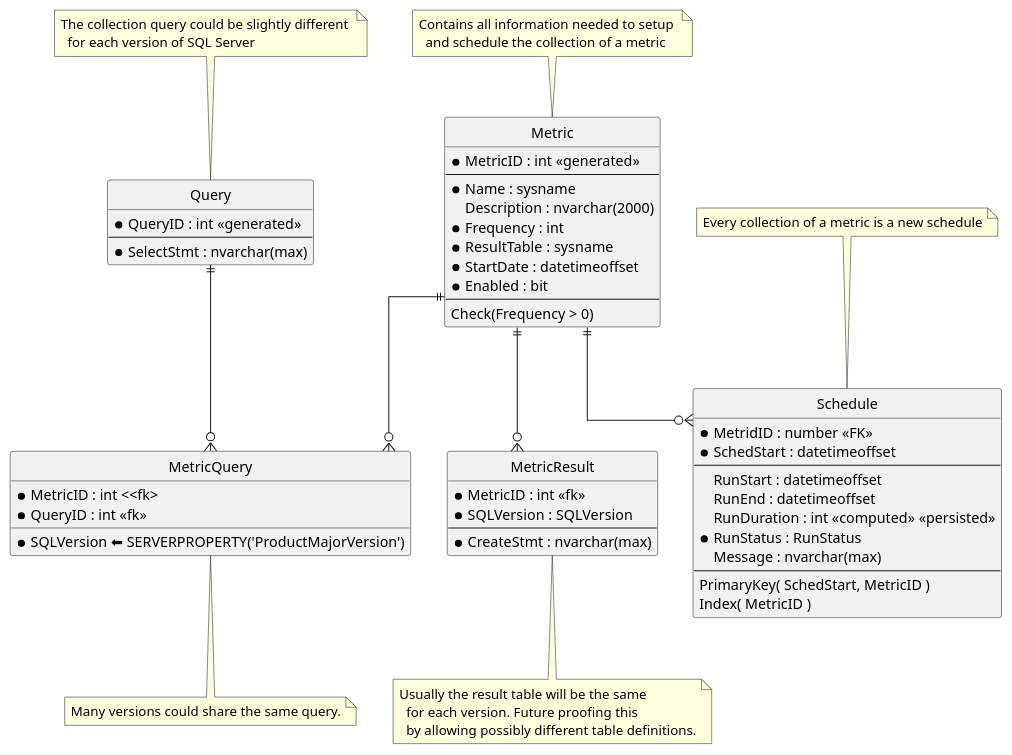
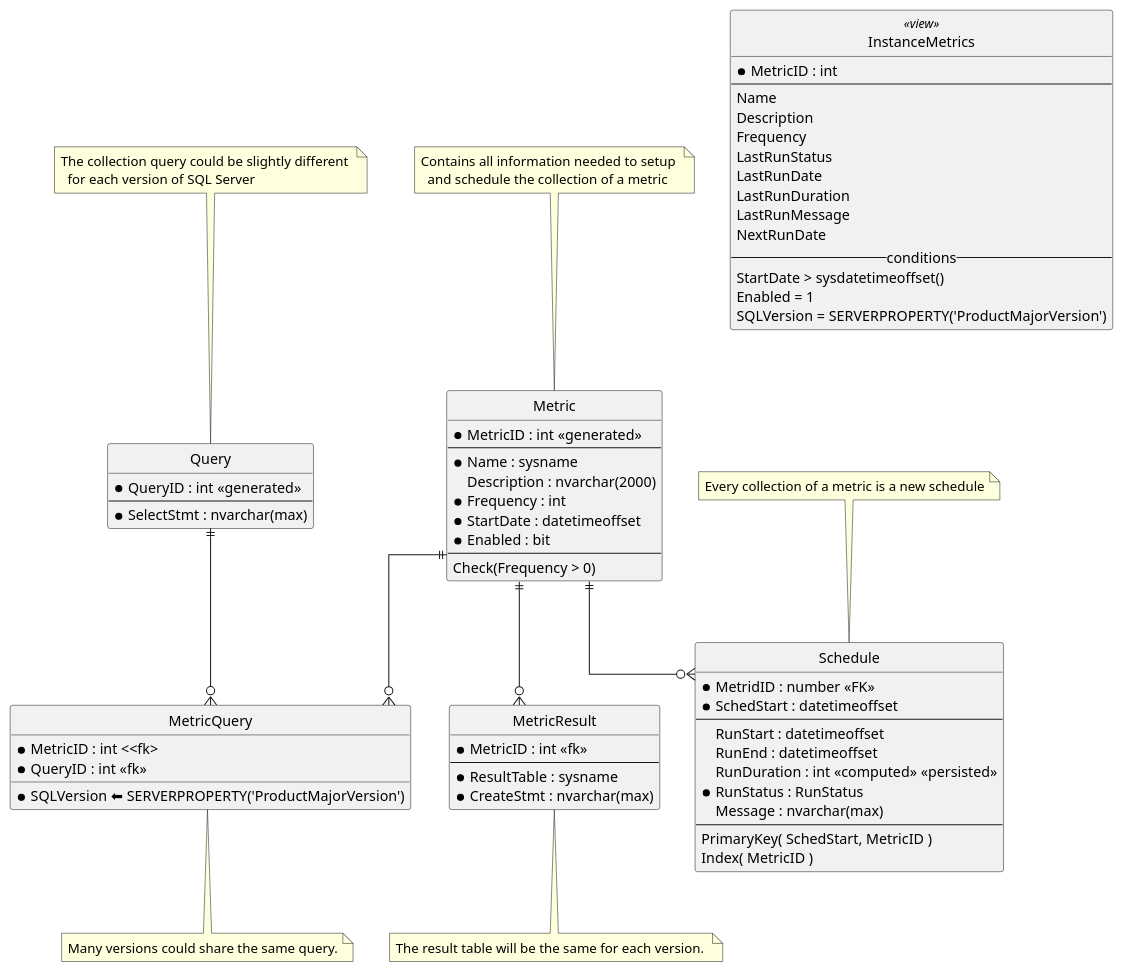
One commit to OsirisDBA/project-horus-design changed the diagram in uml/erd.plantuml. Above: the diagram before and after it, drawn with PlantUML. The commit also changed 2 other files, not shown here.

```diff
--- a/uml/erd.plantuml
+++ b/uml/erd.plantuml
@@ -1,84 +1,98 @@
 @startuml
 
 ' hide the spot
 hide circle
 hide empty members
 
 ' avoid problems with angled crows feet
 skinparam linetype ortho
 
 
 
 ' Entities
 entity "Metric" as metric {
   *MetricID : int <<generated>>
   --
   *Name : sysname
   Description : nvarchar(2000)
   *Frequency : int
-  *ResultTable : sysname
   *StartDate : datetimeoffset
   *Enabled : bit
   --
   Check(Frequency > 0)
 }
 note top
   Contains all information needed to setup 
     and schedule the collection of a metric
 end note
 
 entity "MetricQuery" as metricquery {
   *MetricID : int <<fk>
   *QueryID : int <<fk>>
   *SQLVersion ⬅ SERVERPROPERTY('ProductMajorVersion')
 }
 note bottom
   Many versions could share the same query.
 end note
 
 entity "Query" as query {
   *QueryID : int <<generated>>
   --
   *SelectStmt : nvarchar(max)
 }
 note top
   The collection query could be slightly different 
     for each version of SQL Server
 end note
 
 entity "MetricResult" as metricresult {
   *MetricID : int <<fk>>
-  *SQLVersion : SQLVersion
   --
+  *ResultTable : sysname
   *CreateStmt : nvarchar(max)
 }
 note bottom
-  Usually the result table will be the same
-    for each version. Future proofing this
-    by allowing possibly different table definitions.
+  The result table will be the same for each version. 
 end note
 
 entity "Schedule" as schedule {
   *MetridID : number <<FK>>
   *SchedStart : datetimeoffset
   --
   RunStart : datetimeoffset
   RunEnd : datetimeoffset
   RunDuration : int <<computed>> <<persisted>>
   *RunStatus : RunStatus 
   Message : nvarchar(max) 
   --
   PrimaryKey( SchedStart, MetricID )
   Index( MetricID )
 }
 note top
 Every collection of a metric is a new schedule
 end note
 
+class "InstanceMetrics" <<view>> {
+  *MetricID : int
+  --
+  Name
+  Description
+  Frequency
+  LastRunStatus
+  LastRunDate
+  LastRunDuration
+  LastRunMessage
+  NextRunDate
+  --conditions--
+  StartDate > sysdatetimeoffset()
+  Enabled = 1
+  SQLVersion = SERVERPROPERTY('ProductMajorVersion')
+}
+
 ' Relationships
 metric ||--o{ schedule 
 metric ||--o{ metricquery 
 metric ||--o{ metricresult 
 query ||--o{ metricquery 
 
 @enduml
```
